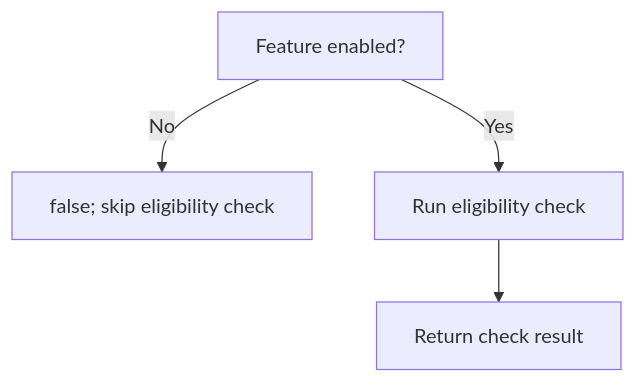
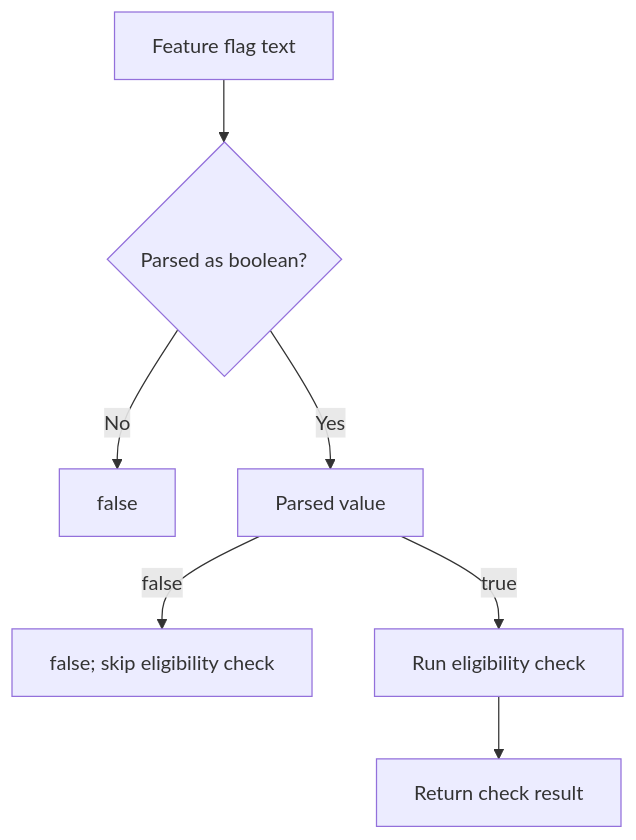
The diagram in docs/src/content/docs/guides/bool.md (pplnd/core), drawn with Mermaid before and after one commit. The commit also changed other lines of this file and 63 other files, not shown here.

````diff
--- a/docs/src/content/docs/guides/bool.md
+++ b/docs/src/content/docs/guides/bool.md
@@ -27,6 +39,9 @@
 ```mermaid
 flowchart TD
-  Enabled["Feature enabled?"] -->|No| Deny["false; skip eligibility check"]
-  Enabled -->|Yes| Check["Run eligibility check"]
-  Check --> Result["Return check result"]
+  Flag["Feature flag text"] --> Parse{"Parsed as boolean?"}
+  Parse -->|No| Off["false"]
+  Parse -->|Yes| Value["Parsed value"]
+  Value -->|false| Skip["false; skip eligibility check"]
+  Value -->|true| Check["Run eligibility check"]
+  Check --> Decision["Return check result"]
 ```
````
